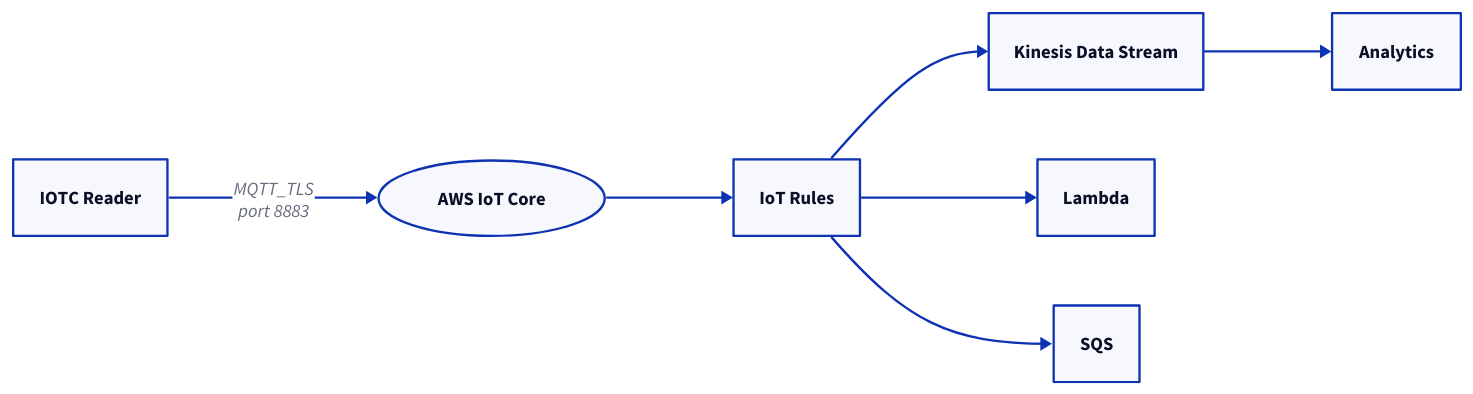
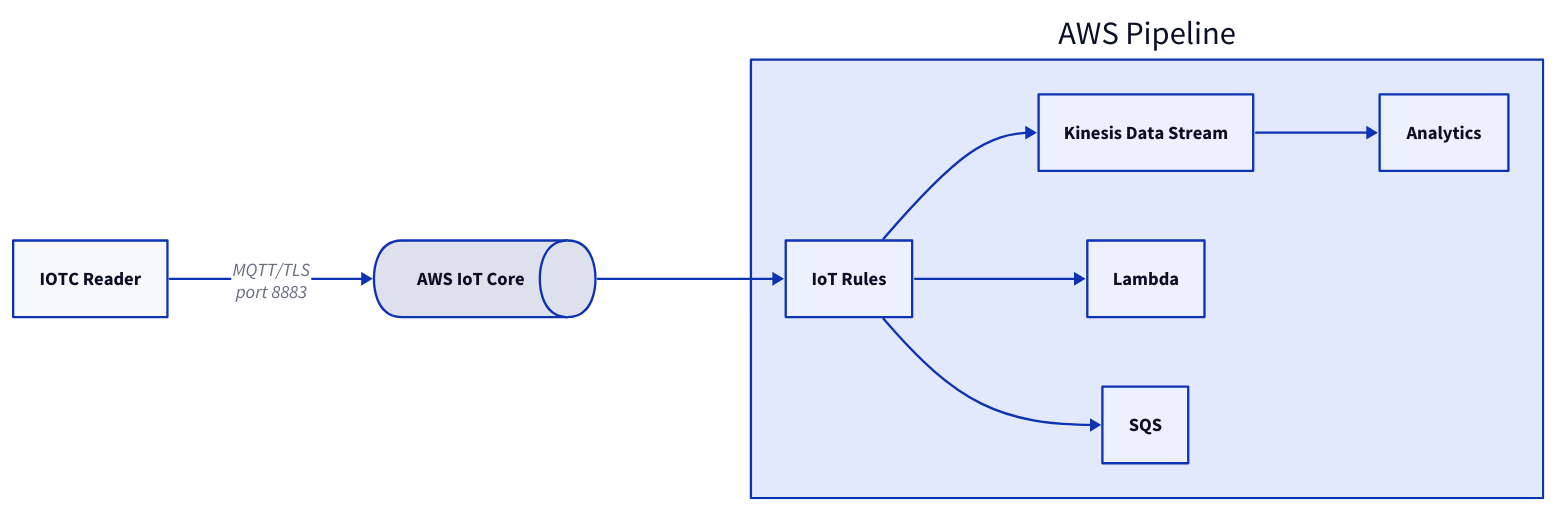
Before and after one commit to admiral-ai/zebra-handheld-rfid-iotc: the diagram in docs/fleet/cloud-integration/aws.md, drawn with D2. The commit also changed 40 other files, not shown here.

First line of the commit message:
Redesign all 54 D2 diagrams to a unified visual system

````diff
--- a/docs/fleet/cloud-integration/aws.md
+++ b/docs/fleet/cloud-integration/aws.md
@@ -54,16 +54,19 @@
 ```d2
 direction: right
 R: IOTC Reader
-AWS: AWS IoT Core { shape: oval }
-RU: IoT Rules
-KDS: Kinesis Data Stream
-L: Lambda
-SQ: SQS
-AN: Analytics
-R -> AWS: "MQTT_TLS\nport 8883"
-AWS -> RU
-RU -> KDS
-RU -> L
-RU -> SQ
-KDS -> AN
+AWS: AWS IoT Core { shape: queue }
+cloud: AWS Pipeline {
+  RU: IoT Rules
+  KDS: Kinesis Data Stream
+  L: Lambda
+  SQ: SQS
+  AN: Analytics
+}
+R -> AWS: "MQTT/TLS\nport 8883"
+AWS -> cloud.RU
+cloud.RU -> cloud.KDS
+cloud.RU -> cloud.L
+cloud.RU -> cloud.SQ
+cloud.KDS -> cloud.AN
+
 ```
````
